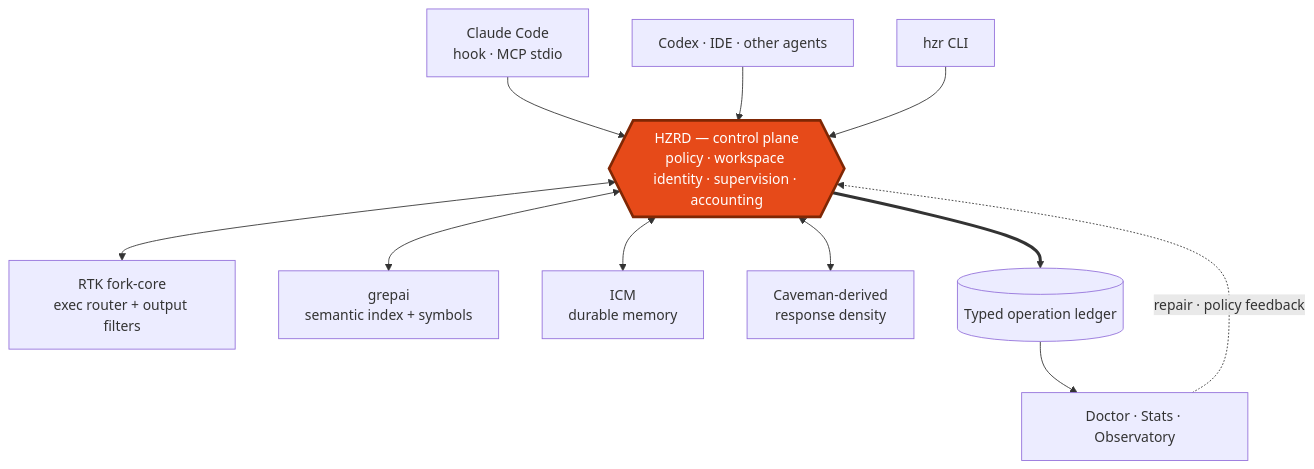
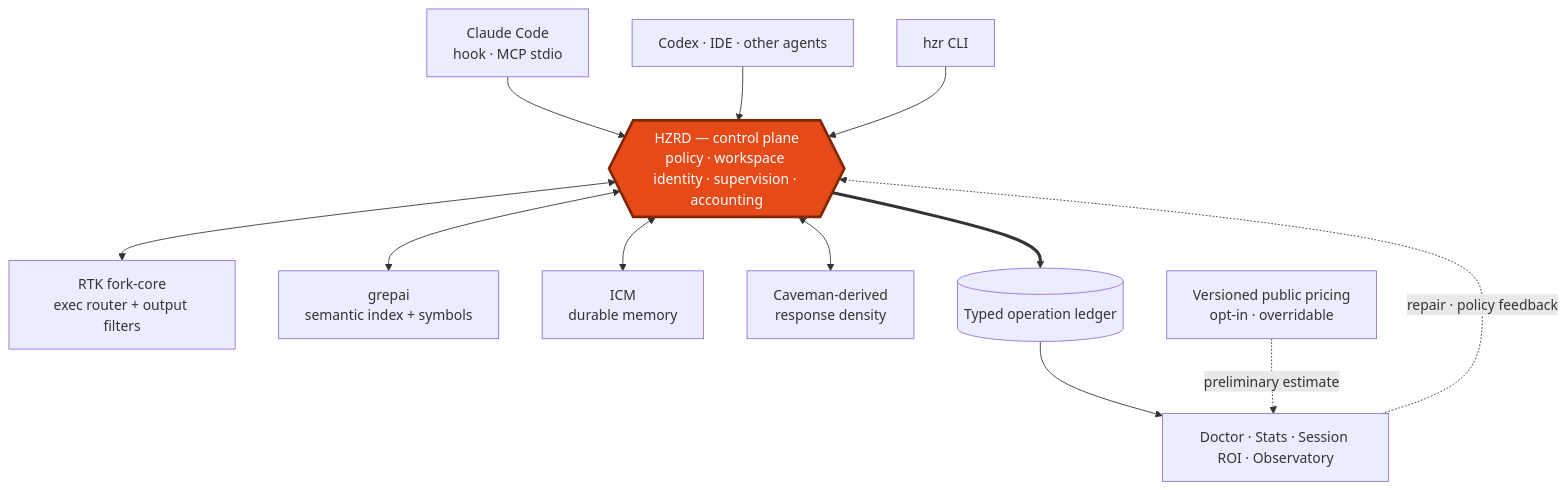
Before and after one commit to heAdz0r/hzr: the diagram in README.md, drawn with Mermaid. The commit also changed other lines of this file and 12 other files, not shown here.

````diff
--- a/README.md
+++ b/README.md
@@ -45,23 +45,24 @@
 ```mermaid
 flowchart TB
     CC["Claude Code<br/>hook · MCP stdio"]
     CX["Codex · IDE · other agents"]
     CLI["hzr CLI"]
 
     CC --> D
     CX --> D
     CLI --> D
 
     D{{"HZRD — control plane<br/>policy · workspace identity · supervision · accounting"}}
 
     D <--> X["RTK fork-core<br/>exec router + output filters"]
     D <--> S["grepai<br/>semantic index + symbols"]
     D <--> M["ICM<br/>durable memory"]
     D <--> C["Caveman-derived<br/>response density"]
 
     D ==> L[("Typed operation ledger")]
-    L --> O["Doctor · Stats · Observatory"]
+    L --> O["Doctor · Stats · Session ROI · Observatory"]
+    P["Versioned public pricing<br/>opt-in · overridable"] -. "preliminary estimate" .-> O
     O -. "repair · policy feedback" .-> D
 
     style D fill:#e64a19,stroke:#7f2704,stroke-width:3px,color:#ffffff
 ```
````
